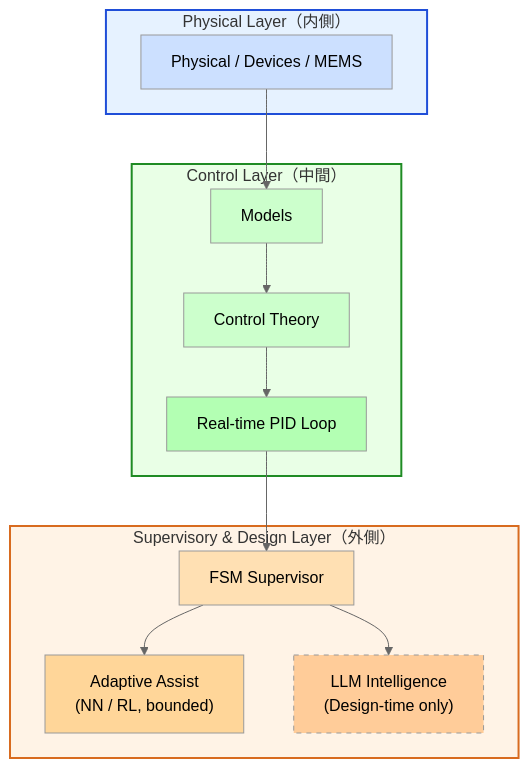
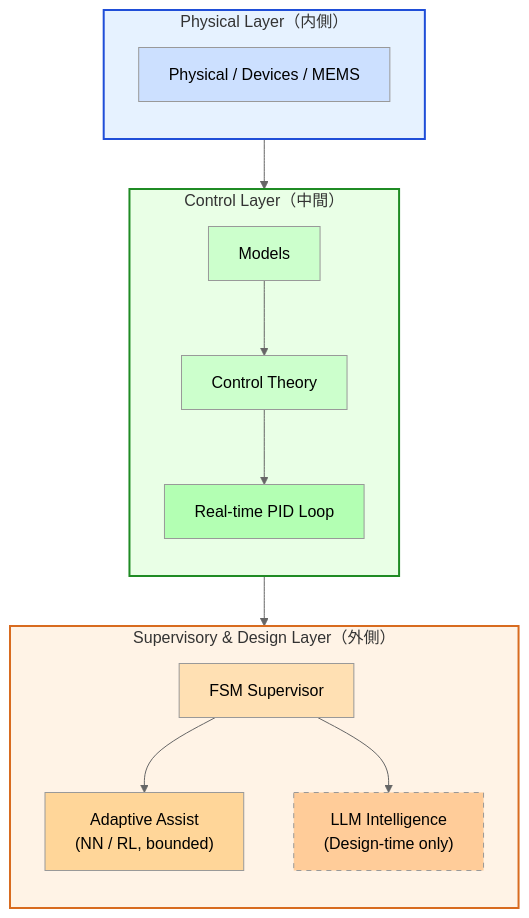
One commit to Samizo-AITL/Samizo-AITL.github.io changed the diagram in portal/index.md. Above: the diagram before and after it, drawn with Mermaid (neutral theme).

````diff
--- a/portal/index.md
+++ b/portal/index.md
@@ -74,43 +74,46 @@
 ```mermaid
 flowchart TB
   %% ===== Physical Layer =====
   subgraph PL["Physical Layer（内側）"]
+    direction TB
     P["Physical / Devices / MEMS"]
   end
 
   %% ===== Control Layer =====
   subgraph CL["Control Layer（中間）"]
+    direction TB
     M["Models"]
     C["Control Theory"]
     R["Real-time PID Loop"]
   end
 
   %% ===== Supervisory & Design Layer =====
   subgraph SL["Supervisory & Design Layer（外側）"]
+    direction TB
     S["FSM Supervisor"]
     A["Adaptive Assist\n(NN / RL, bounded)"]
     I["LLM Intelligence\n(Design-time only)"]
   end
 
-  %% ===== Flow =====
+  %% ===== Flow（明示的に分離）=====
   P --> M
   M --> C
   C --> R
   R --> S
   S --> A
   S --> I
 
   %% ===== Style =====
   style PL fill:#e6f2ff,stroke:#1f4ed8,stroke-width:2px
   style CL fill:#e9ffe6,stroke:#1f8b24,stroke-width:2px
   style SL fill:#fff3e6,stroke:#d86b1f,stroke-width:2px
 
   style P fill:#cce0ff
   style M fill:#ccffcc
   style C fill:#ccffcc
   style R fill:#b3ffb3
 
   style S fill:#ffe0b3
   style A fill:#ffd699
   style I fill:#ffcc99,stroke-dasharray:5 5
 ```
````
